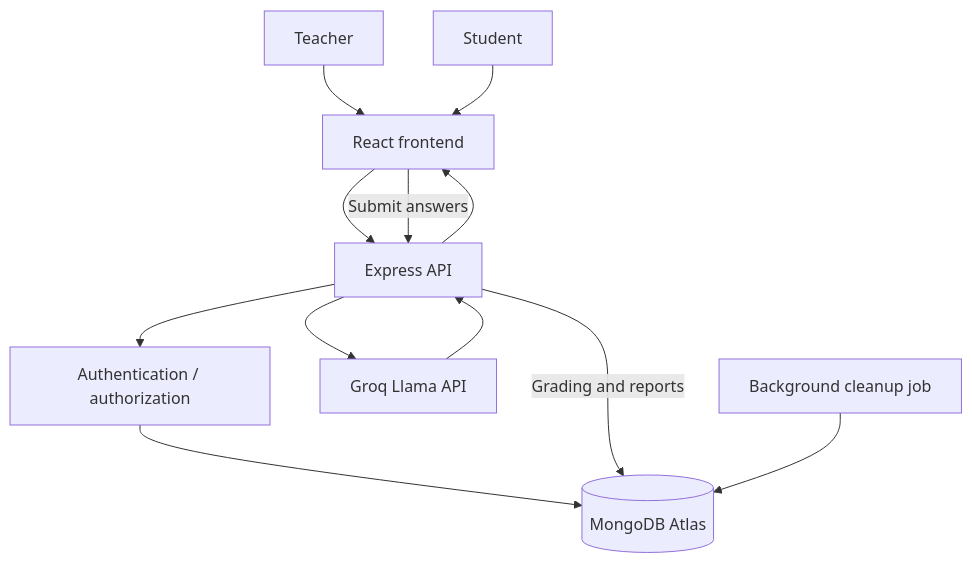
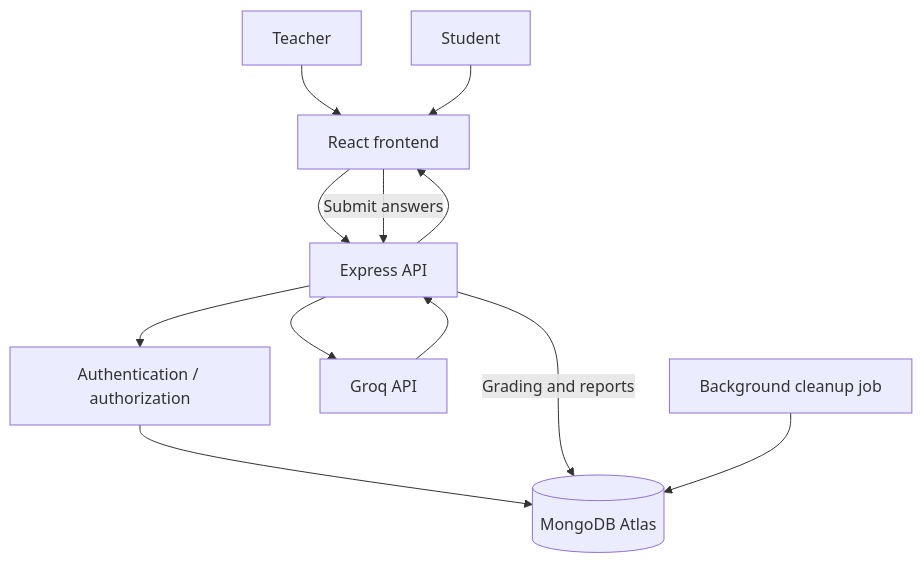
Before and after one commit to gitneeraj123/quizproject: the diagram in README.md, drawn with Mermaid. The commit also changed other lines of this file and 7 other files, not shown here.

````diff
--- a/README.md
+++ b/README.md
@@ -46,14 +47,14 @@
 ```mermaid
 flowchart TD
     T[Teacher] --> UI[React frontend]
     S[Student] --> UI
     UI --> API[Express API]
     API --> AUTH[Authentication / authorization]
     AUTH --> DB[(MongoDB Atlas)]
-    API --> AI[Groq Llama API]
+    API --> AI[Groq API]
     AI --> API
     API --> UI
     UI -->|Submit answers| API
     API -->|Grading and reports| DB
     JOB[Background cleanup job] --> DB
 ```
````
